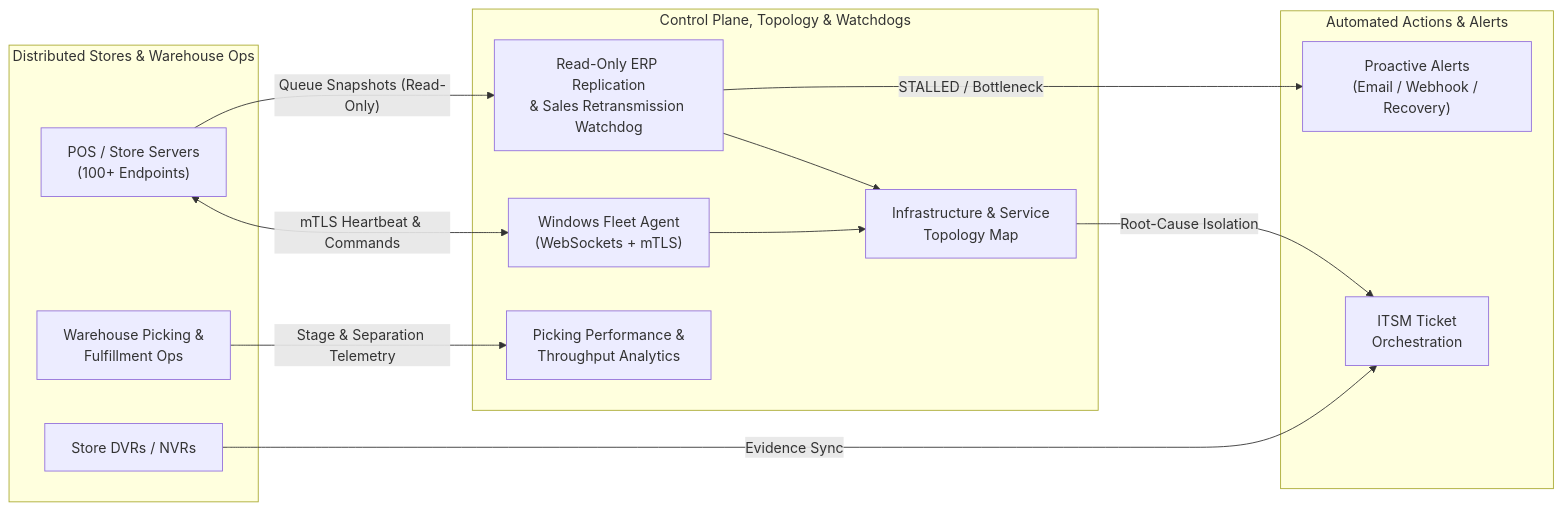
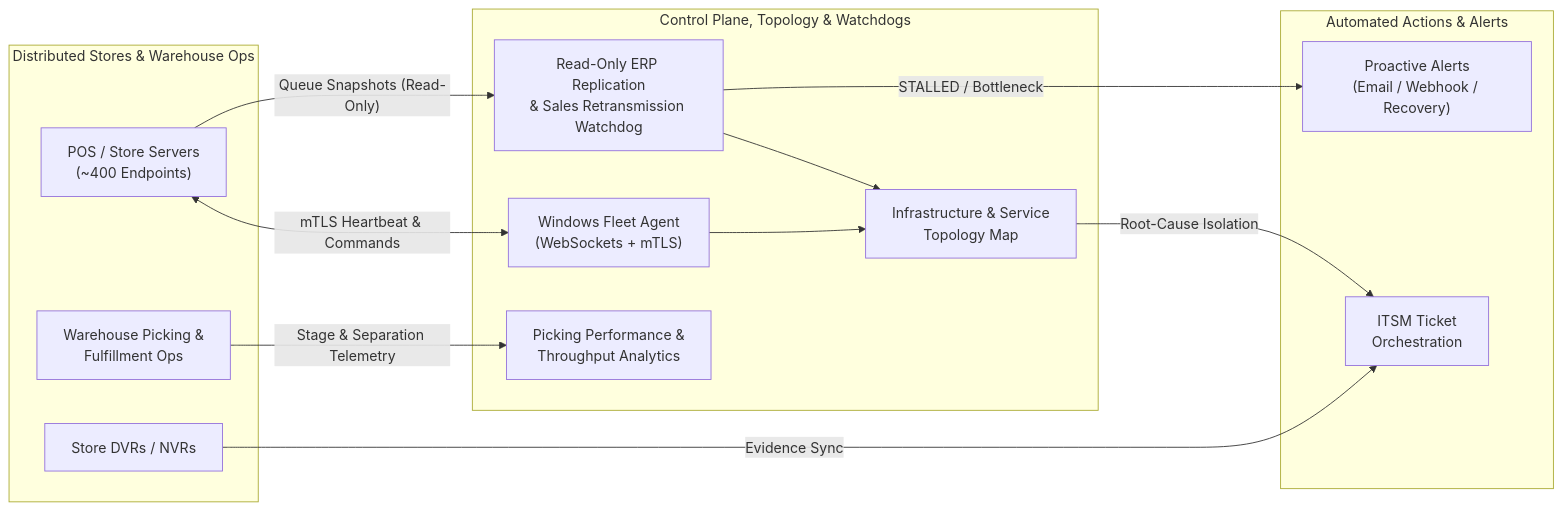
One commit to gavicoding/gavicoding changed the first of 2 diagrams in README.md. Above: the diagram before and after it, drawn with Mermaid. The commit also changed other lines of this file, not shown here.

````diff
--- a/README.md
+++ b/README.md
@@ -63,29 +63,29 @@
 ```mermaid
 flowchart LR
     subgraph EDGE["Distributed Stores & Warehouse Ops"]
-        POS["POS / Store Servers\n(100+ Endpoints)"]
+        POS["POS / Store Servers\n(~400 Endpoints)"]
         WH["Warehouse Picking &\nFulfillment Ops"]
         DVR["Store DVRs / NVRs"]
     end
 
     subgraph OBSERVE["Control Plane, Topology & Watchdogs"]
         AGENT["Windows Fleet Agent\n(WebSockets + mTLS)"]
         TOPO["Infrastructure & Service\nTopology Map"]
         WATCH["Read-Only ERP Replication\n& Sales Retransmission Watchdog"]
         KPI["Picking Performance &\nThroughput Analytics"]
     end
 
     subgraph ACTION["Automated Actions & Alerts"]
         ALERTS["Proactive Alerts\n(Email / Webhook / Recovery)"]
         ITSM["ITSM Ticket\nOrchestration"]
     end
 
     POS <-->|"mTLS Heartbeat & Commands"| AGENT
     POS -->|"Queue Snapshots (Read-Only)"| WATCH
     WH -->|"Stage & Separation Telemetry"| KPI
     AGENT --> TOPO
     WATCH --> TOPO
     DVR -->|"Evidence Sync"| ITSM
     WATCH -->|"STALLED / Bottleneck"| ALERTS
     TOPO -->|"Root-Cause Isolation"| ITSM
 ```
````
